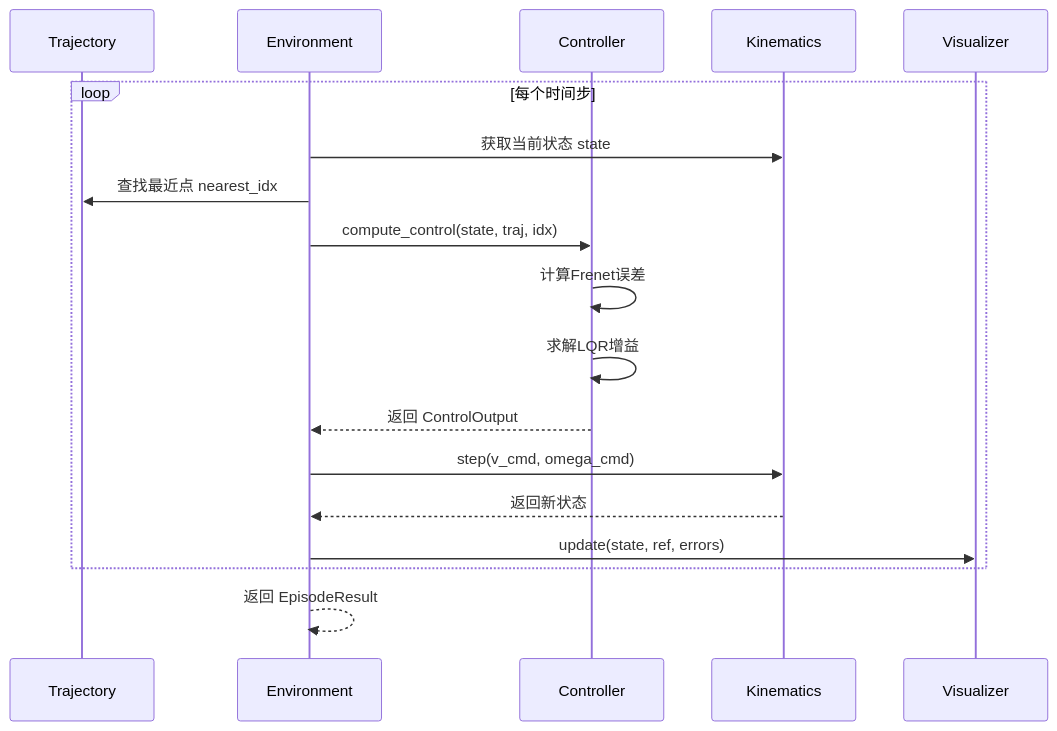
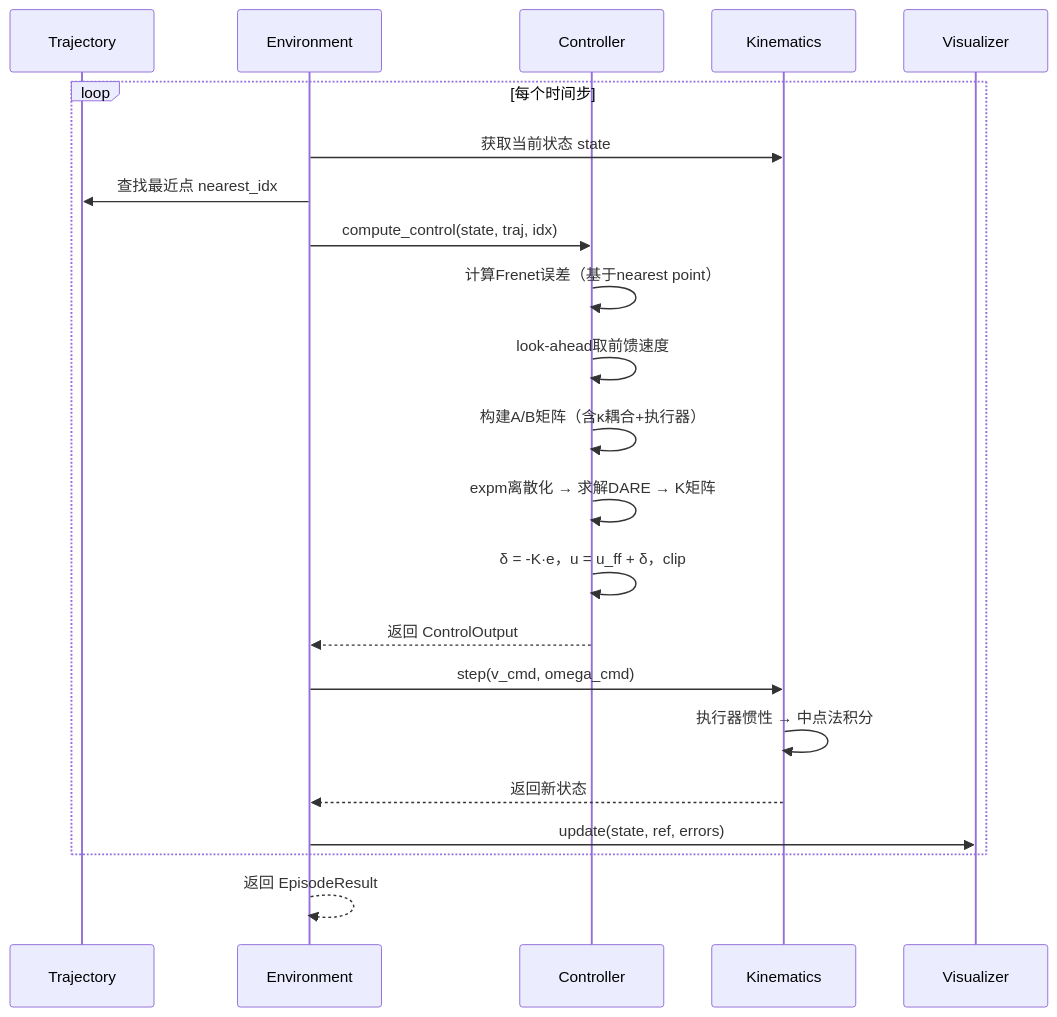
Before and after one commit to windyfashion/wheel_project: the ninth of 10 diagrams in docs/ARCHITECTURE.md, drawn with Mermaid. The commit also changed other lines of this file and 20 other files, not shown here.

````diff
--- a/docs/ARCHITECTURE.md
+++ b/docs/ARCHITECTURE.md
@@ -447,22 +542,26 @@
 ```mermaid
 sequenceDiagram
     participant T as Trajectory
     participant E as Environment
     participant C as Controller
     participant K as Kinematics
     participant V as Visualizer
-    
+
     loop 每个时间步
         E->>K: 获取当前状态 state
         E->>T: 查找最近点 nearest_idx
         E->>C: compute_control(state, traj, idx)
-        C->>C: 计算Frenet误差
-        C->>C: 求解LQR增益
+        C->>C: 计算Frenet误差（基于nearest point）
+        C->>C: look-ahead取前馈速度
+        C->>C: 构建A/B矩阵（含κ耦合+执行器）
+        C->>C: expm离散化 → 求解DARE → K矩阵
+        C->>C: δ = -K·e，u = u_ff + δ，clip
         C-->>E: 返回 ControlOutput
         E->>K: step(v_cmd, omega_cmd)
+        K->>K: 执行器惯性 → 中点法积分
         K-->>E: 返回新状态
         E->>V: update(state, ref, errors)
     end
-    
+
     E-->>E: 返回 EpisodeResult
 ```
````
